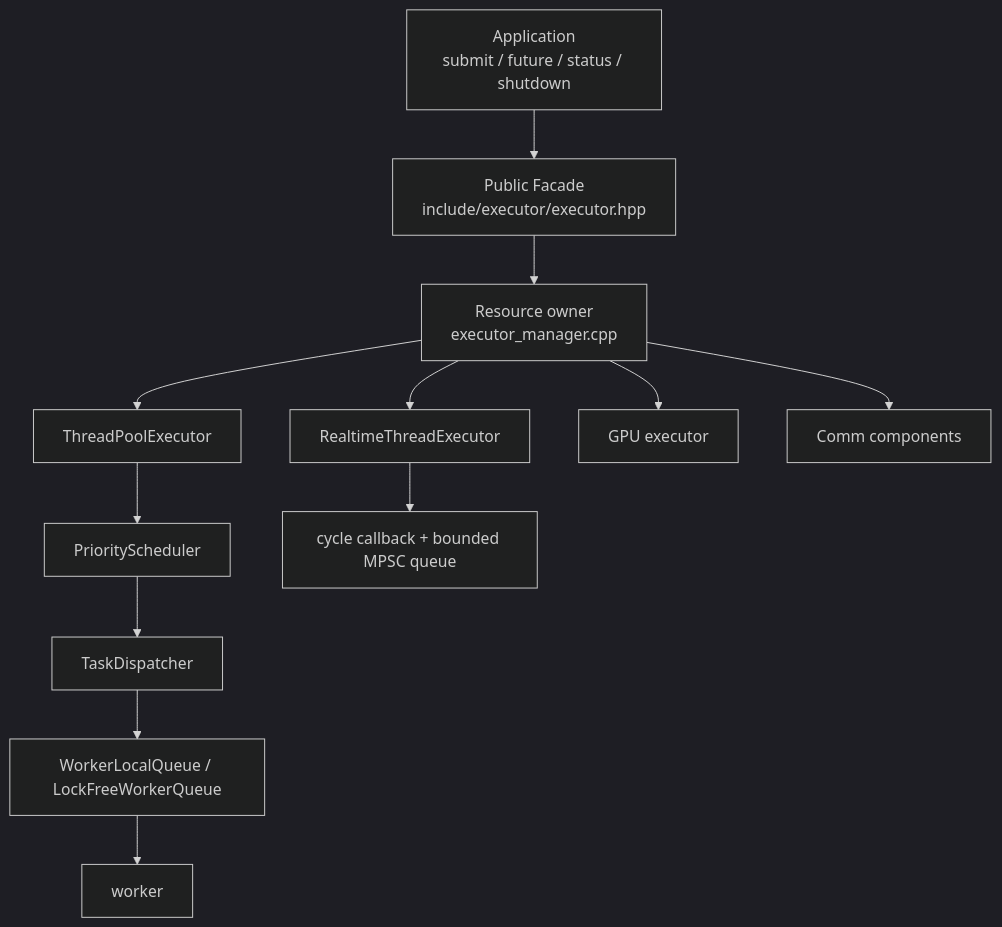
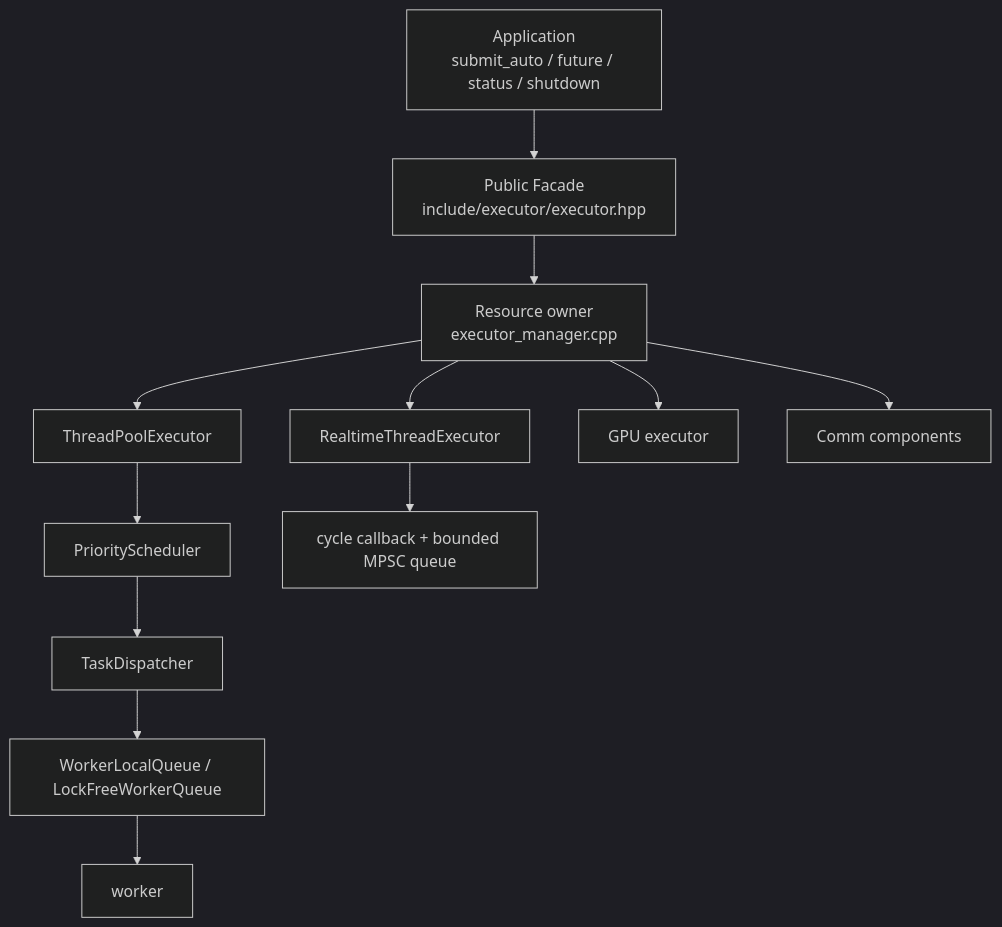
The first of 3 diagrams in website/en/advanced/source-architecture.md (Linductor-alkaid/executor), drawn with Mermaid (dark theme) before and after one commit. The commit also changed other lines of this file and 53 other files, not shown here.

````diff
--- a/website/en/advanced/source-architecture.md
+++ b/website/en/advanced/source-architecture.md
@@ -16,14 +16,14 @@
 ```mermaid
 flowchart TD
-    A[Application\nsubmit / future / status / shutdown] --> B[Public Facade\ninclude/executor/executor.hpp]
+    A[Application\nsubmit_auto / future / status / shutdown] --> B[Public Facade\ninclude/executor/executor.hpp]
     B --> C[Resource owner\nexecutor_manager.cpp]
     C --> D[ThreadPoolExecutor]
     C --> E[RealtimeThreadExecutor]
     C --> F[GPU executor]
     C --> G[Comm components]
     D --> H[PriorityScheduler]
     H --> I[TaskDispatcher]
     I --> J[WorkerLocalQueue / LockFreeWorkerQueue]
     J --> K[worker]
     E --> L[cycle callback + bounded MPSC queue]
 ```
````
